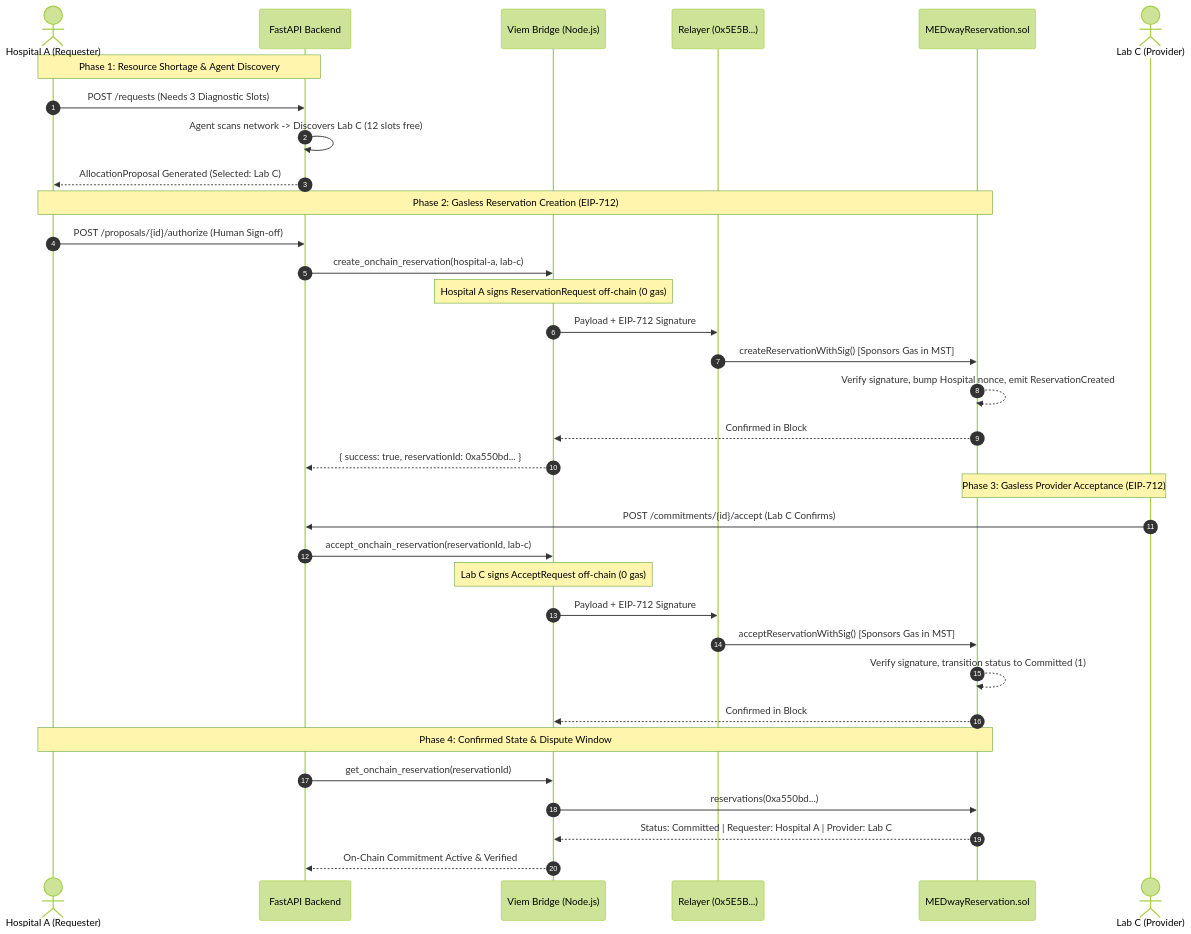
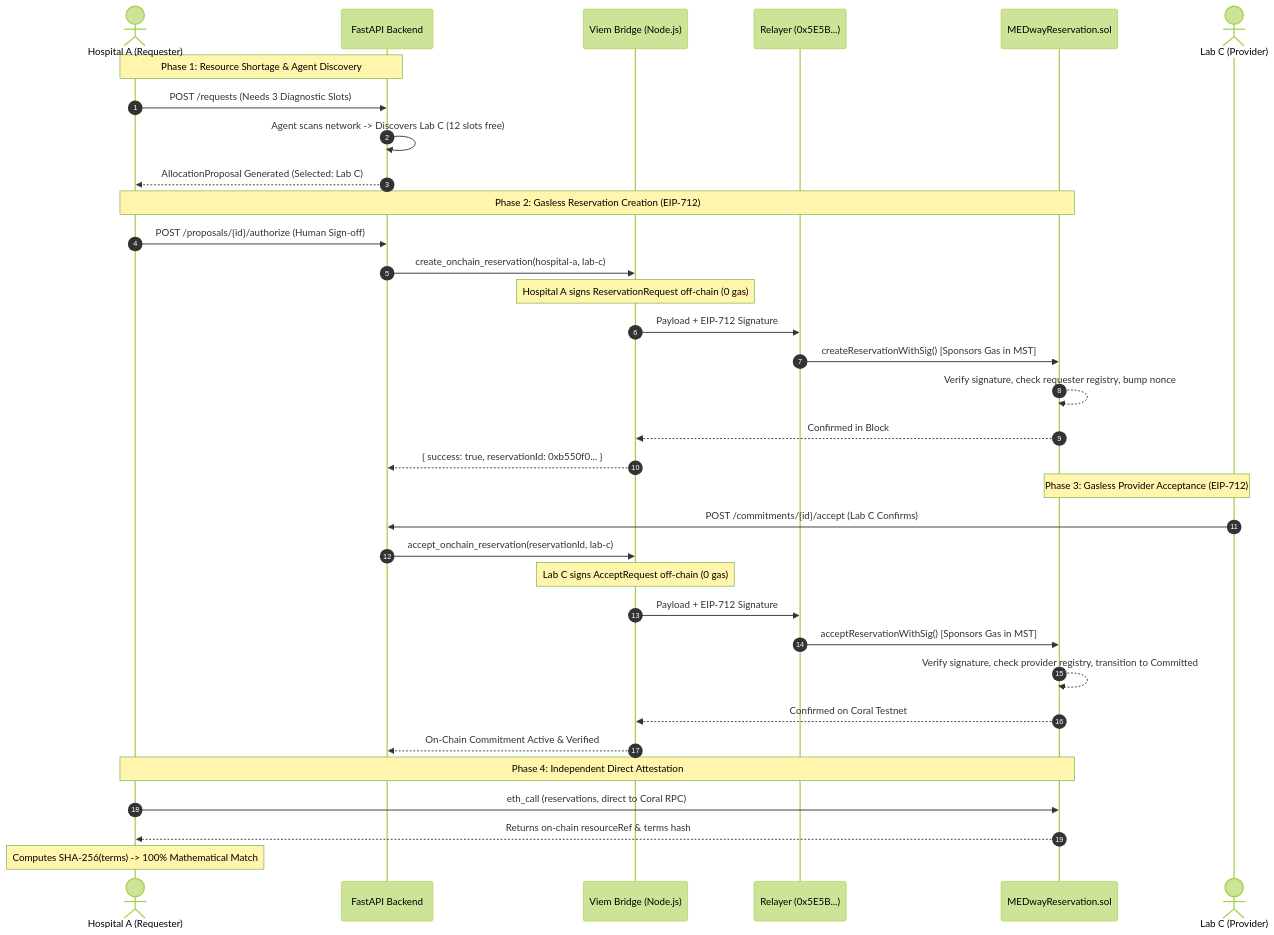
Before and after one commit to omkar0075/blockchain: the second of 3 diagrams in README.md, drawn with Mermaid (forest theme). The commit also changed other lines of this file, not shown here.

Commit message:
docs: completely update README.md with Identity Registry, Terms Immutability, Verifier tool, and 8-module test suite

````diff
--- a/README.md
+++ b/README.md
@@ -133,40 +152,40 @@
 ```mermaid
 sequenceDiagram
     autonumber
     actor HospA as Hospital A (Requester)
     participant API as FastAPI Backend
     participant Bridge as Viem Bridge (Node.js)
     participant Relayer as Relayer (0x5E5B...)
     participant Coral as MEDwayReservation.sol
     actor LabC as Lab C (Provider)
 
     Note over HospA,API: Phase 1: Resource Shortage & Agent Discovery
     HospA->>API: POST /requests (Needs 3 Diagnostic Slots)
     API->>API: Agent scans network -> Discovers Lab C (12 slots free)
     API-->>HospA: AllocationProposal Generated (Selected: Lab C)
 
     Note over HospA,Coral: Phase 2: Gasless Reservation Creation (EIP-712)
     HospA->>API: POST /proposals/{id}/authorize (Human Sign-off)
     API->>Bridge: create_onchain_reservation(hospital-a, lab-c)
     Note over Bridge: Hospital A signs ReservationRequest off-chain (0 gas)
     Bridge->>Relayer: Payload + EIP-712 Signature
     Relayer->>Coral: createReservationWithSig() [Sponsors Gas in MST]
-    Coral-->>Coral: Verify signature, bump Hospital nonce, emit ReservationCreated
-    Coral-->>Bridge: Confirmed in Block #386800 (Tx: 0xeb0218...)
-    Bridge-->>API: { success: true, reservationId: 0xa550bd... }
+    Coral-->>Coral: Verify signature, check requester registry, bump nonce
+    Coral-->>Bridge: Confirmed in Block #401945+ (Tx: 0x...)
+    Bridge-->>API: { success: true, reservationId: 0xb550f0... }
 
     Note over LabC,Coral: Phase 3: Gasless Provider Acceptance (EIP-712)
     LabC->>API: POST /commitments/{id}/accept (Lab C Confirms)
     API->>Bridge: accept_onchain_reservation(reservationId, lab-c)
     Note over Bridge: Lab C signs AcceptRequest off-chain (0 gas)
     Bridge->>Relayer: Payload + EIP-712 Signature
     Relayer->>Coral: acceptReservationWithSig() [Sponsors Gas in MST]
-    Coral-->>Coral: Verify signature, transition status to Committed (1)
-    Coral-->>Bridge: Confirmed in Block #386823 (Tx: 0xa1f7f1...)
+    Coral-->>Coral: Verify signature, check provider registry, transition to Committed
+    Coral-->>Bridge: Confirmed on Coral Testnet
+    Bridge-->>API: On-Chain Commitment Active & Verified
 
-    Note over HospA,Coral: Phase 4: Confirmed State & Dispute Window
-    API->>Bridge: get_onchain_reservation(reservationId)
-    Bridge->>Coral: reservations(0xa550bd...)
-    Coral-->>Bridge: Status: Committed | Requester: Hospital A | Provider: Lab C
-    Bridge-->>API: On-Chain Commitment Active & Verified
+    Note over HospA,Coral: Phase 4: Independent Direct Attestation
+    HospA->>Coral: eth_call (reservations, direct to Coral RPC)
+    Coral-->>HospA: Returns on-chain resourceRef & terms hash
+    Note over HospA: Computes SHA-256(terms) -> 100% Mathematical Match
 ```
````
